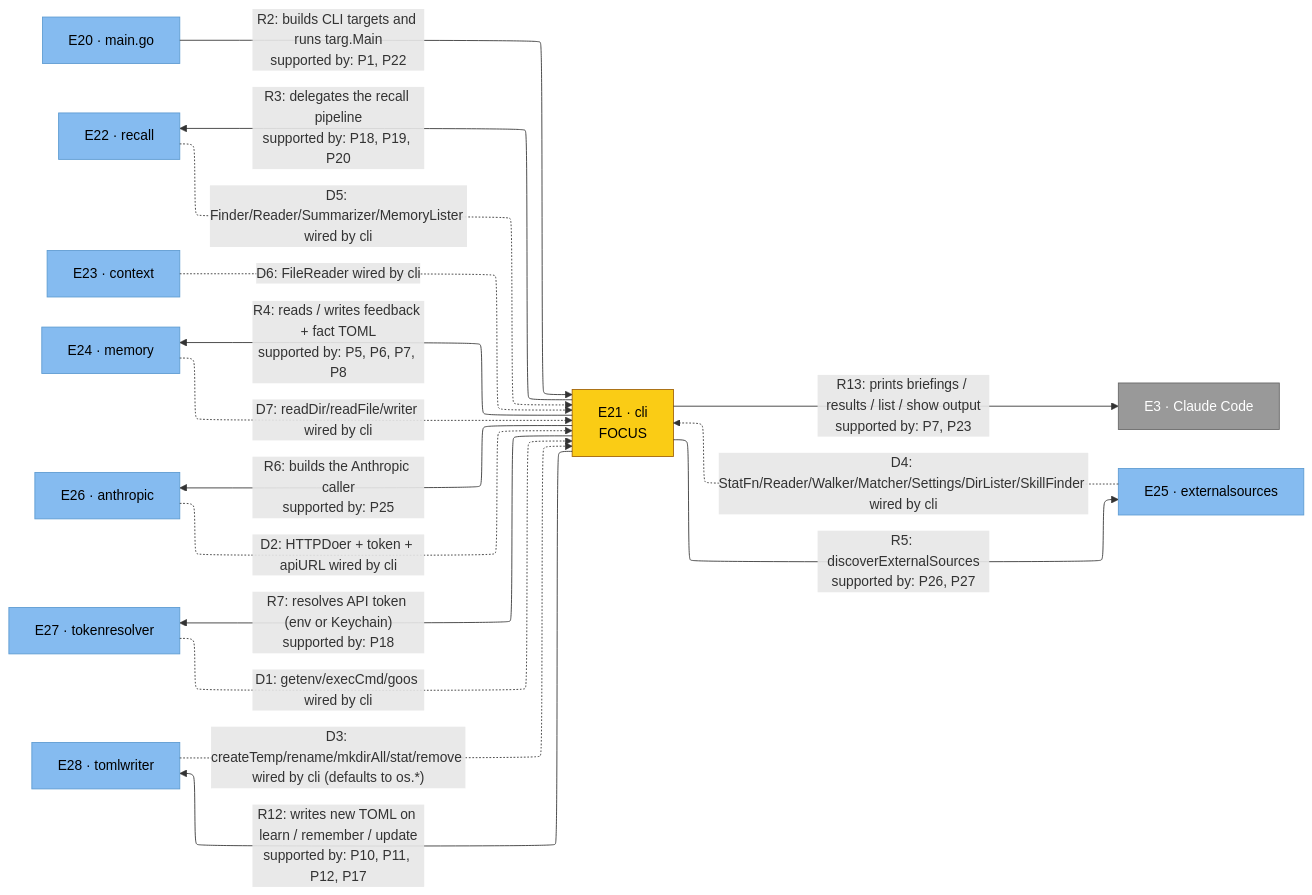
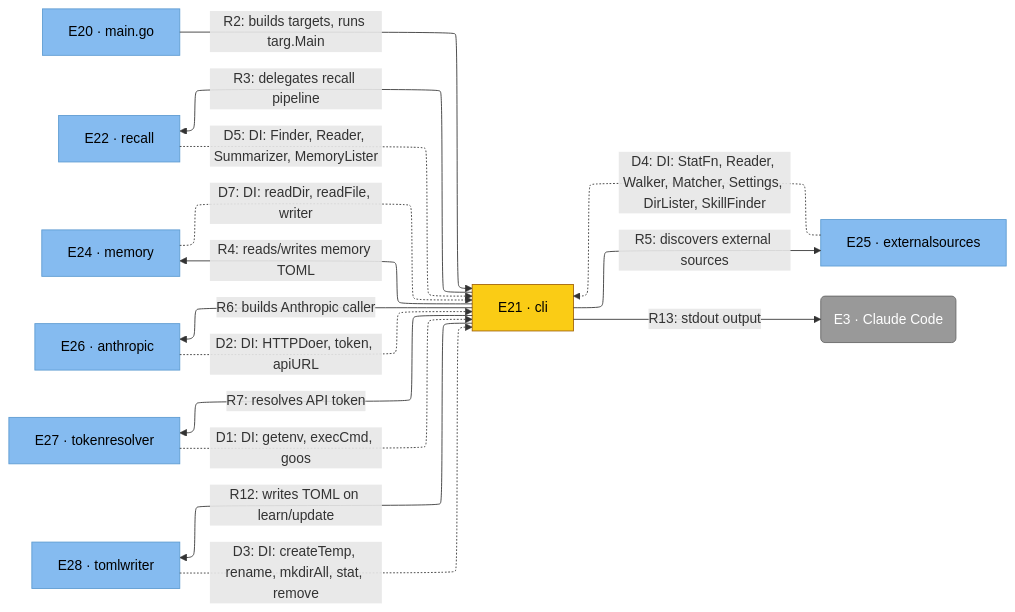
One commit to toejough/engram changed the diagram in architecture/c4/svg/c4-cli.mmd. Above: the diagram before and after it, drawn with Mermaid. The commit also changed 78 other files, not shown here.

```diff
--- a/architecture/c4/svg/c4-cli.mmd
+++ b/architecture/c4/svg/c4-cli.mmd
@@ -1,38 +1,36 @@
 %%{init: {'flowchart': {'defaultRenderer': 'elk'}}}%%
 flowchart LR
     classDef person      fill:#08427b,stroke:#052e56,color:#fff
     classDef external    fill:#999,   stroke:#666,   color:#fff
     classDef container   fill:#1168bd,stroke:#0b4884,color:#fff
     classDef component   fill:#85bbf0,stroke:#5d9bd1,color:#000
     classDef focus       fill:#facc15,stroke:#a16207,color:#000
 
-    e3[E3 · Claude Code]
-    e20[E20 · main.go]
-    e21[E21 · cli<br/>FOCUS]
-    e22[E22 · recall]
-    e23[E23 · context]
-    e24[E24 · memory]
-    e25[E25 · externalsources]
-    e26[E26 · anthropic]
-    e27[E27 · tokenresolver]
-    e28[E28 · tomlwriter]
+    e21["E21 · cli"]
+    e20["E20 · main.go"]
+    e22["E22 · recall"]
+    e24["E24 · memory"]
+    e25["E25 · externalsources"]
+    e26["E26 · anthropic"]
+    e27["E27 · tokenresolver"]
+    e28["E28 · tomlwriter"]
+    e3("E3 · Claude Code")
 
-    e20 -->|"R2: builds CLI targets and runs targ.Main<br/>supported by: P1, P22"| e21
-    e21 -->|"R3: delegates the recall pipeline<br/>supported by: P18, P19, P20"| e22
-    e21 -->|"R4: reads / writes feedback + fact TOML<br/>supported by: P5, P6, P7, P8"| e24
-    e21 -->|"R5: discoverExternalSources<br/>supported by: P26, P27"| e25
-    e21 -->|"R6: builds the Anthropic caller<br/>supported by: P25"| e26
-    e21 -->|"R7: resolves API token (env or Keychain)<br/>supported by: P18"| e27
-    e21 -->|"R12: writes new TOML on learn / remember / update<br/>supported by: P10, P11, P12, P17"| e28
-    e21 -->|"R13: prints briefings / results / list / show output<br/>supported by: P7, P23"| e3
-    e22 -.->|"D5: Finder/Reader/Summarizer/MemoryLister wired by cli"| e21
-    e23 -.->|"D6: FileReader wired by cli"| e21
-    e24 -.->|"D7: readDir/readFile/writer wired by cli"| e21
-    e25 -.->|"D4: StatFn/Reader/Walker/Matcher/Settings/DirLister/SkillFinder wired by cli"| e21
-    e26 -.->|"D2: HTTPDoer + token + apiURL wired by cli"| e21
-    e27 -.->|"D1: getenv/execCmd/goos wired by cli"| e21
-    e28 -.->|"D3: createTemp/rename/mkdirAll/stat/remove wired by cli (defaults to os.*)"| e21
+    e20 -->|"R2: builds targets, runs targ.Main"| e21
+    e21 -->|"R3: delegates recall pipeline"| e22
+    e21 -->|"R4: reads/writes memory TOML"| e24
+    e21 -->|"R5: discovers external sources"| e25
+    e21 -->|"R6: builds Anthropic caller"| e26
+    e21 -->|"R7: resolves API token"| e27
+    e21 -->|"R12: writes TOML on learn/update"| e28
+    e21 -->|"R13: stdout output"| e3
+    e27 -.->|"D1: DI: getenv, execCmd, goos"| e21
+    e26 -.->|"D2: DI: HTTPDoer, token, apiURL"| e21
+    e28 -.->|"D3: DI: createTemp, rename, mkdirAll, stat, remove"| e21
+    e25 -.->|"D4: DI: StatFn, Reader, Walker, Matcher, Settings, DirLister, SkillFinder"| e21
+    e22 -.->|"D5: DI: Finder, Reader, Summarizer, MemoryLister"| e21
+    e24 -.->|"D7: DI: readDir, readFile, writer"| e21
 
+    class e3 external
+    class e20,e22,e24,e25,e26,e27,e28 component
     class e21 focus
-    class e20,e22,e23,e24,e25,e26,e27,e28 component
-    class e3 external
```
